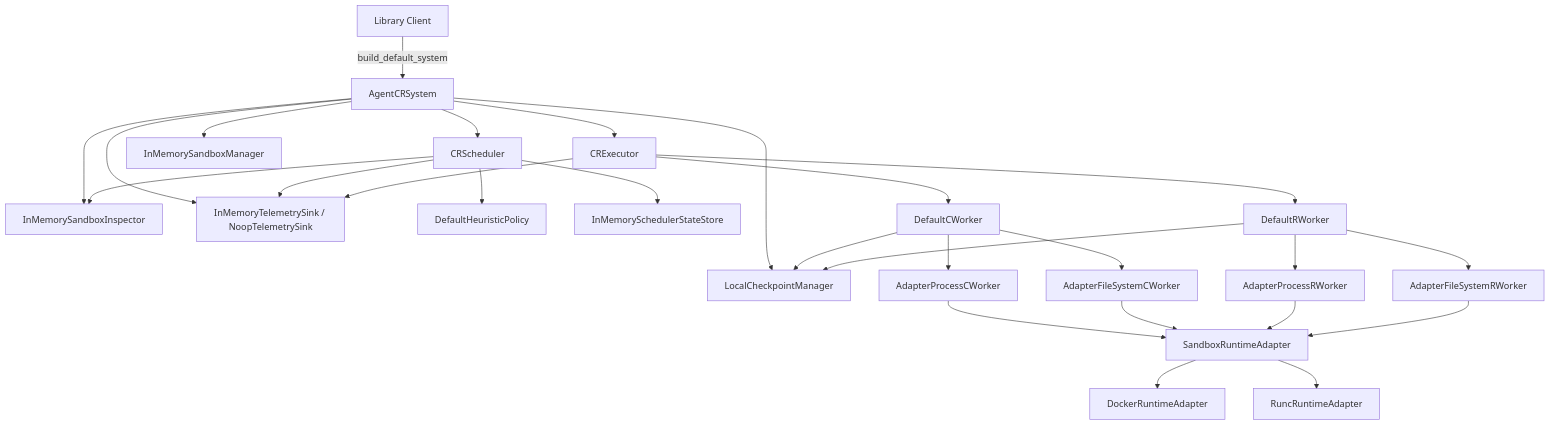
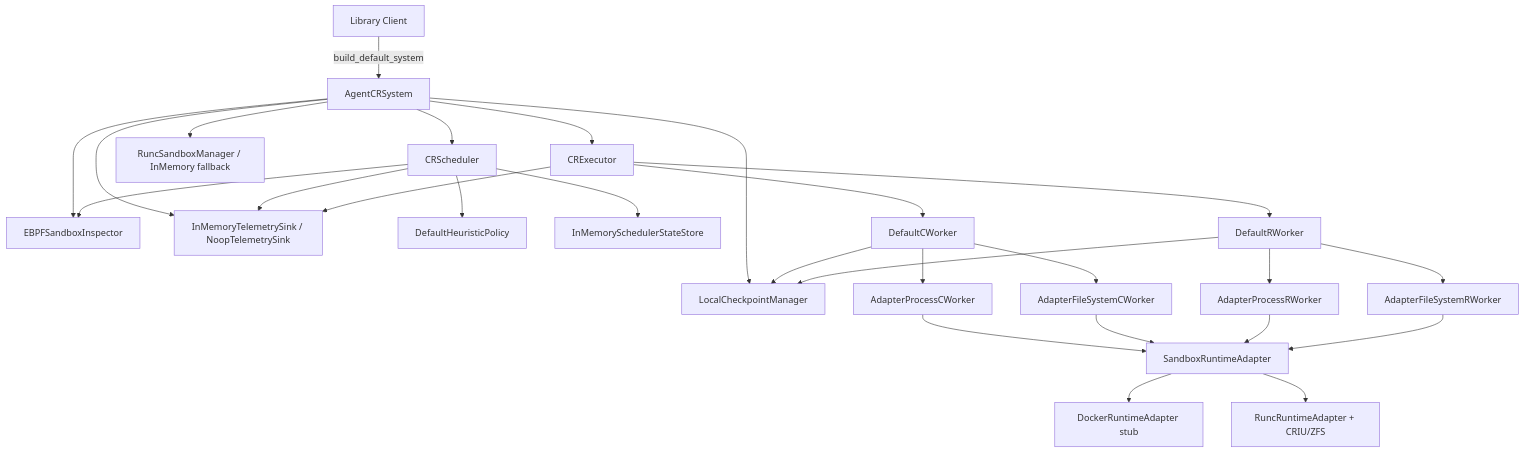
One commit to ChaokunChang/crab changed the diagram in docs/architecture.md. Above: the diagram before and after it, drawn with Mermaid. The commit also changed other lines of this file and 22 other files, not shown here.

````diff
--- a/docs/architecture.md
+++ b/docs/architecture.md
@@ -7,36 +7,36 @@
 ```mermaid
 flowchart TD
     Client[Library Client] -->|build_default_system| System[AgentCRSystem]
 
     System --> Scheduler[CRScheduler]
     System --> Executor[CRExecutor]
     System --> Storage[LocalCheckpointManager]
-    System --> Inspector[InMemorySandboxInspector]
-    System --> SandboxMgr[InMemorySandboxManager]
+    System --> Inspector[EBPFSandboxInspector]
+    System --> SandboxMgr[RuncSandboxManager / InMemory fallback]
     System --> Telemetry[InMemoryTelemetrySink / NoopTelemetrySink]
 
     Scheduler --> Policy[DefaultHeuristicPolicy]
     Scheduler --> State[InMemorySchedulerStateStore]
     Scheduler --> Inspector
     Scheduler --> Telemetry
 
     Executor --> CWorker[DefaultCWorker]
     Executor --> RWorker[DefaultRWorker]
     Executor --> Telemetry
 
     CWorker --> ProcessC[AdapterProcessCWorker]
     CWorker --> FsC[AdapterFileSystemCWorker]
     CWorker --> Storage
 
     RWorker --> ProcessR[AdapterProcessRWorker]
     RWorker --> FsR[AdapterFileSystemRWorker]
     RWorker --> Storage
 
     ProcessC --> Runtime[SandboxRuntimeAdapter]
     FsC --> Runtime
     ProcessR --> Runtime
     FsR --> Runtime
 
-    Runtime --> Docker[DockerRuntimeAdapter]
-    Runtime --> Runc[RuncRuntimeAdapter]
+    Runtime --> Docker[DockerRuntimeAdapter stub]
+    Runtime --> Runc[RuncRuntimeAdapter + CRIU/ZFS]
 ```
````
